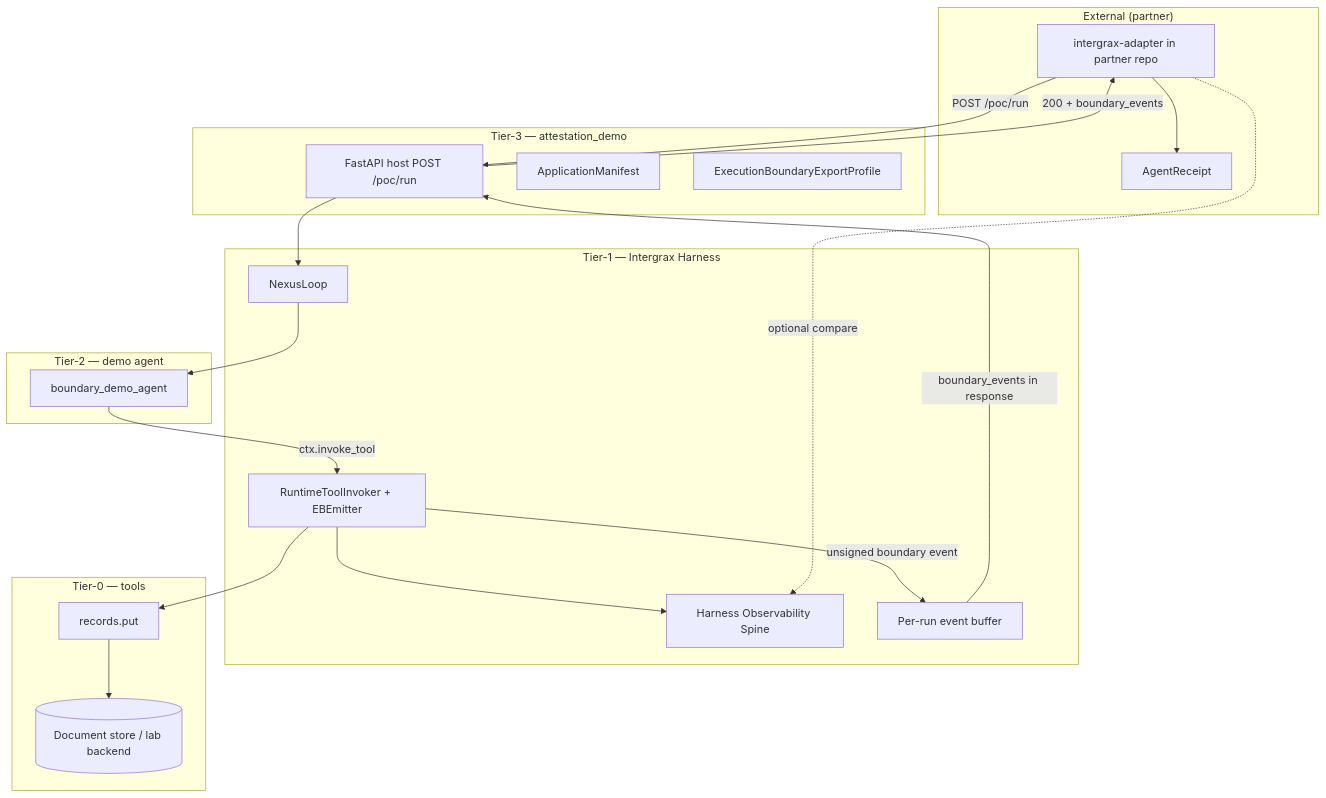
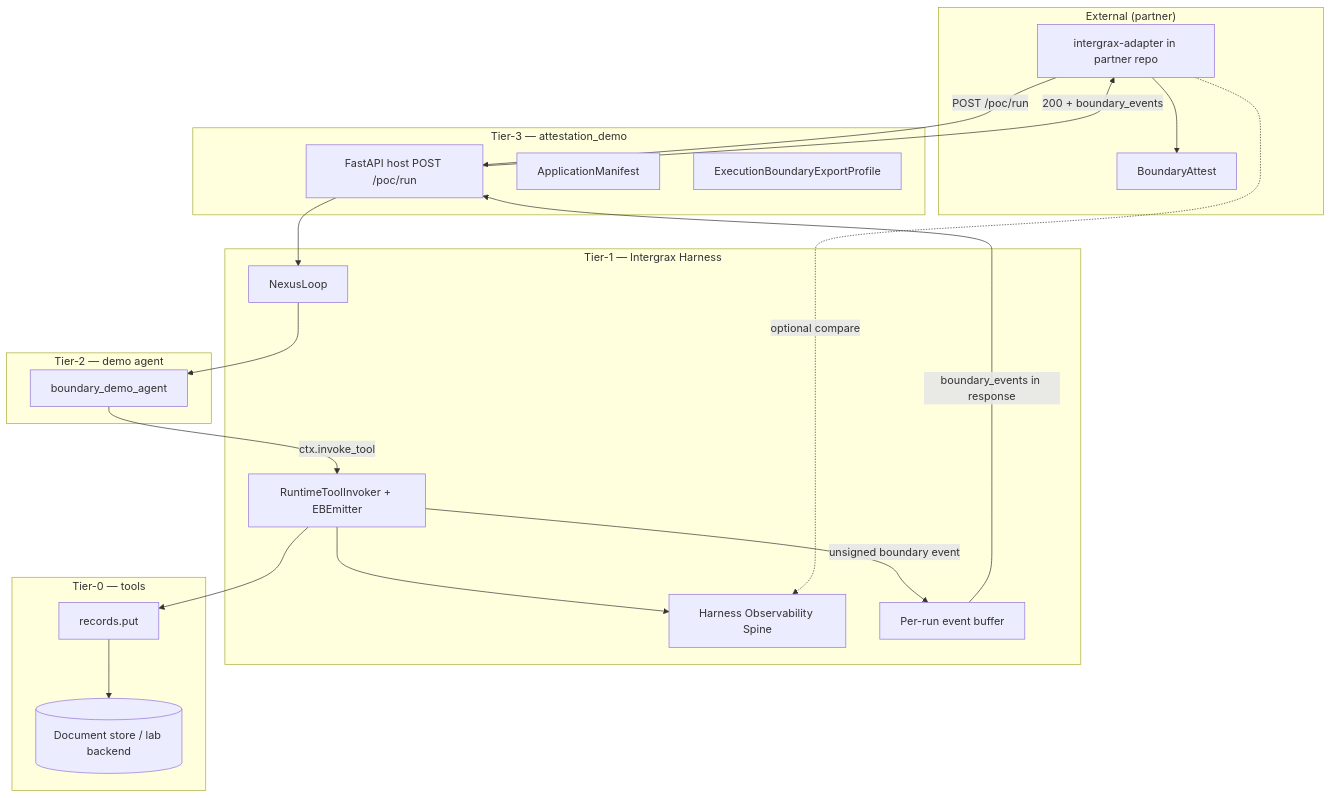
Before and after one commit to jakbuczarnecki/intergrax: the first of 3 diagrams in applications/attestation_demo/ARCHITECTURE.md, drawn with Mermaid. The commit also changed other lines of this file and 6 other files, not shown here.

Commit message:
docs: normalize BoundaryAttest attribution

````diff
--- a/applications/attestation_demo/ARCHITECTURE.md
+++ b/applications/attestation_demo/ARCHITECTURE.md
@@ -134,42 +134,42 @@
 ```mermaid
 flowchart TB
     subgraph External["External (partner)"]
-        AR[AgentReceipt]
+        AR[BoundaryAttest]
         AD[intergrax-adapter in partner repo]
     end
 
     subgraph Tier3["Tier-3 — attestation_demo"]
         API[FastAPI host POST /poc/run]
         MAN[ApplicationManifest]
         PROF[ExecutionBoundaryExportProfile]
     end
 
     subgraph Tier2["Tier-2 — demo agent"]
         AG[boundary_demo_agent]
     end
 
     subgraph Tier1["Tier-1 — Intergrax Harness"]
         NX[NexusLoop]
         INV[RuntimeToolInvoker + EBEmitter]
         HOS[Harness Observability Spine]
         MEM[Per-run event buffer]
     end
 
     subgraph Tier0["Tier-0 — tools"]
         RP[records.put]
         DS[(Document store / lab backend)]
     end
 
     AD -->|POST /poc/run| API
     API --> NX
     NX --> AG
     AG -->|ctx.invoke_tool| INV
     INV --> RP
     RP --> DS
     INV --> HOS
     INV -->|unsigned boundary event| MEM
     MEM -->|boundary_events in response| API
     API -->|200 + boundary_events| AD
     AD --> AR
     AD -.->|optional compare| HOS
 ```
````
